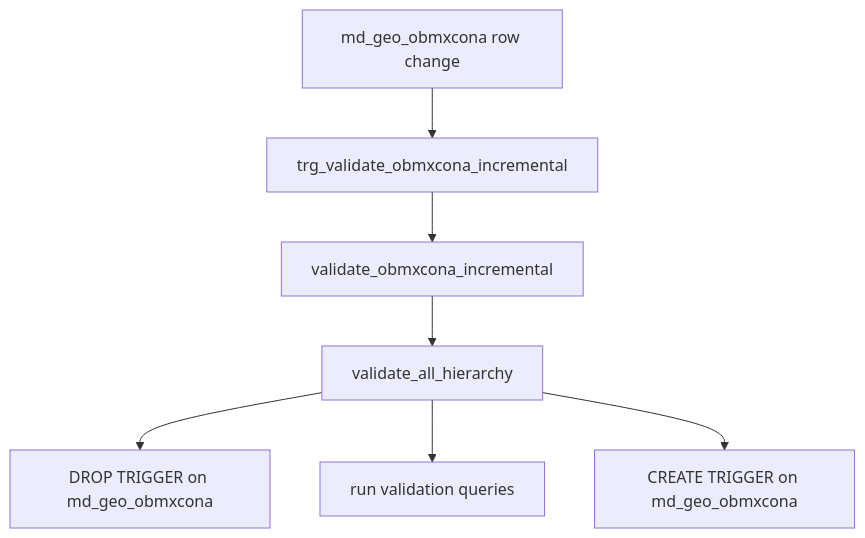
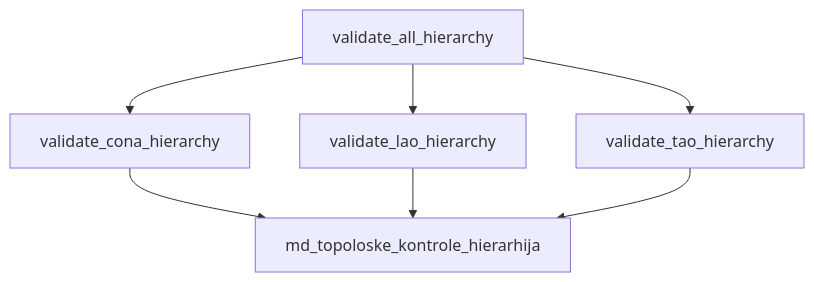
Before and after one commit to MatevzVidovic/GeomIntegrity: the sixth of 8 diagrams in docs.md, drawn with Mermaid. The commit also changed other lines of this file and 7 other files, not shown here.

````diff
--- a/docs.md
+++ b/docs.md
@@ -28,9 +143,15 @@
 ```mermaid
 flowchart TD
-    A["md_geo_obmxcona row change"] --> B["trg_validate_obmxcona_incremental"]
-    B --> C["validate_obmxcona_incremental"]
-    C --> D["validate_all_hierarchy"]
-    D --> E["DROP TRIGGER on md_geo_obmxcona"]
-    D --> F["run validation queries"]
-    D --> G["CREATE TRIGGER on md_geo_obmxcona"]
+    A["validate_all_hierarchy"]
+    B["validate_cona_hierarchy"]
+    C["validate_lao_hierarchy"]
+    D["validate_tao_hierarchy"]
+    OUT["md_topoloske_kontrole_hierarhija"]
+
+    A --> B
+    A --> C
+    A --> D
+    B --> OUT
+    C --> OUT
+    D --> OUT
 ```
````
